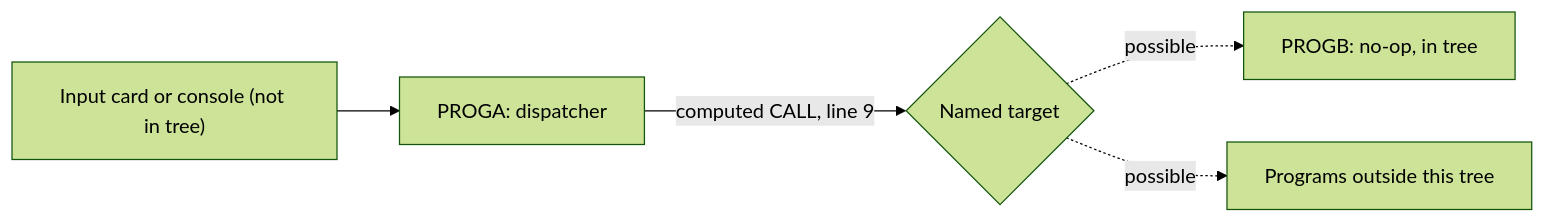
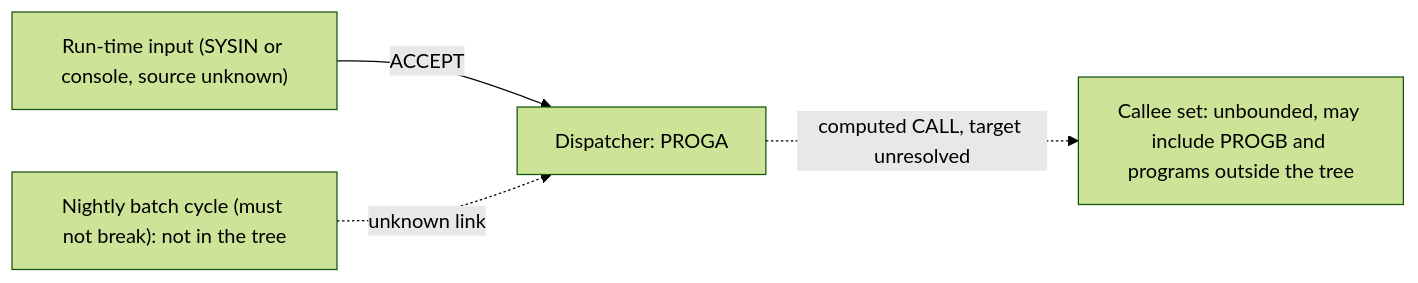
The diagram in evals/runs/02-dynamic-call/modernization-assessment/02-coupling.md (Sparq-Holding-Inc/claude-legacy-modernization), drawn with Mermaid (forest theme) before and after one commit. The commit also changed other lines of this file and 252 other files, not shown here.

````diff
--- a/evals/runs/02-dynamic-call/modernization-assessment/02-coupling.md
+++ b/evals/runs/02-dynamic-call/modernization-assessment/02-coupling.md
@@ -15,7 +27,6 @@
 ```mermaid
 graph LR
-  IN["Input card or console (not in tree)"] --> A["PROGA: dispatcher"]
-  A -->|"computed CALL, line 9"| T{"Named target"}
-  T -.->|"possible"| B["PROGB: no-op, in tree"]
-  T -.->|"possible"| X["Programs outside this tree"]
+  IN["Run-time input (SYSIN or console, source unknown)"] -->|ACCEPT| A["Dispatcher: PROGA"]
+  A -.->|"computed CALL, target unresolved"| U["Callee set: unbounded, may include PROGB and programs outside the tree"]
+  N["Nightly batch cycle (must not break): not in the tree"] -.->|"unknown link"| A
 ```
````
